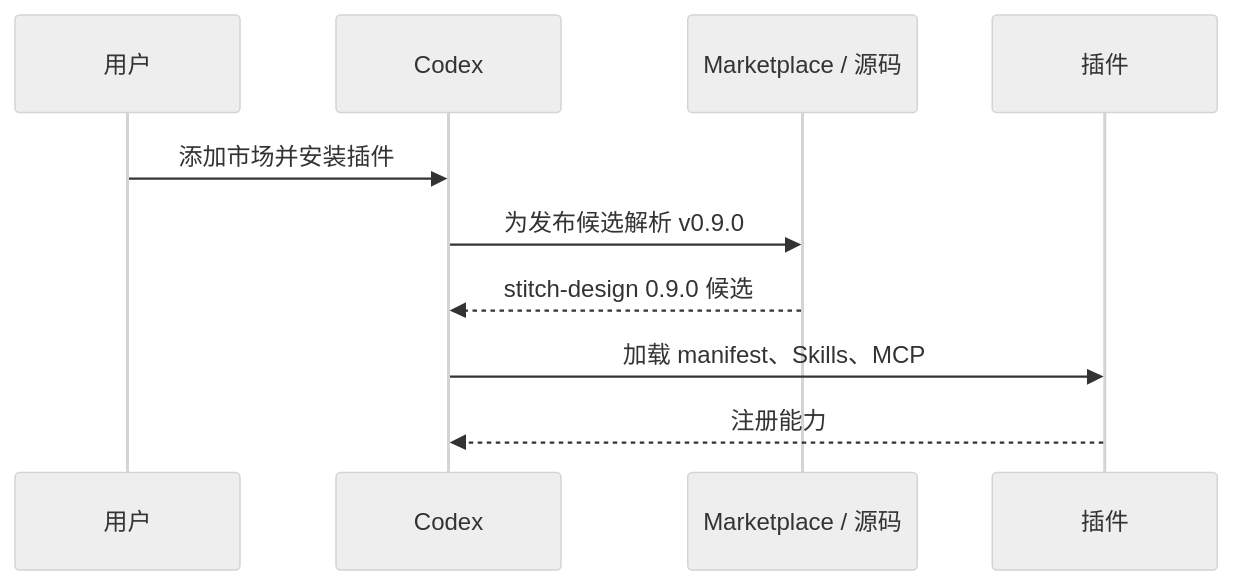
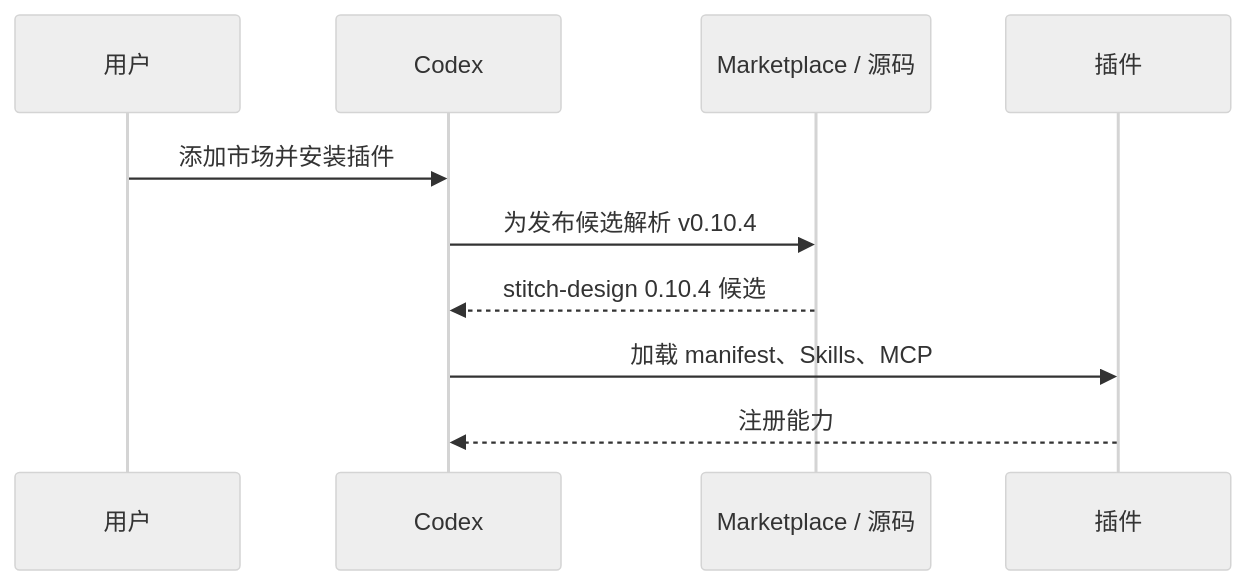
One commit to partme-ai/full-stack-plugins changed the seventh of 11 diagrams in plugins/stitch-design/docs/Stitch-Design-Architecture.zh_CN.md. Above: the diagram before and after it, drawn with Mermaid (neutral theme). The commit also changed other lines of this file and 397 other files, not shown here.

````diff
--- a/plugins/stitch-design/docs/Stitch-Design-Architecture.zh_CN.md
+++ b/plugins/stitch-design/docs/Stitch-Design-Architecture.zh_CN.md
@@ -173,12 +173,12 @@
 ```mermaid
 sequenceDiagram
     participant U as 用户
     participant C as Codex
     participant M as Marketplace / 源码
     participant P as 插件
     U->>C: 添加市场并安装插件
-    C->>M: 为发布候选解析 v0.9.0
-    M-->>C: stitch-design 0.9.0 候选
+    C->>M: 为发布候选解析 v0.10.4
+    M-->>C: stitch-design 0.10.4 候选
     C->>P: 加载 manifest、Skills、MCP
     P-->>C: 注册能力
 ```
````
